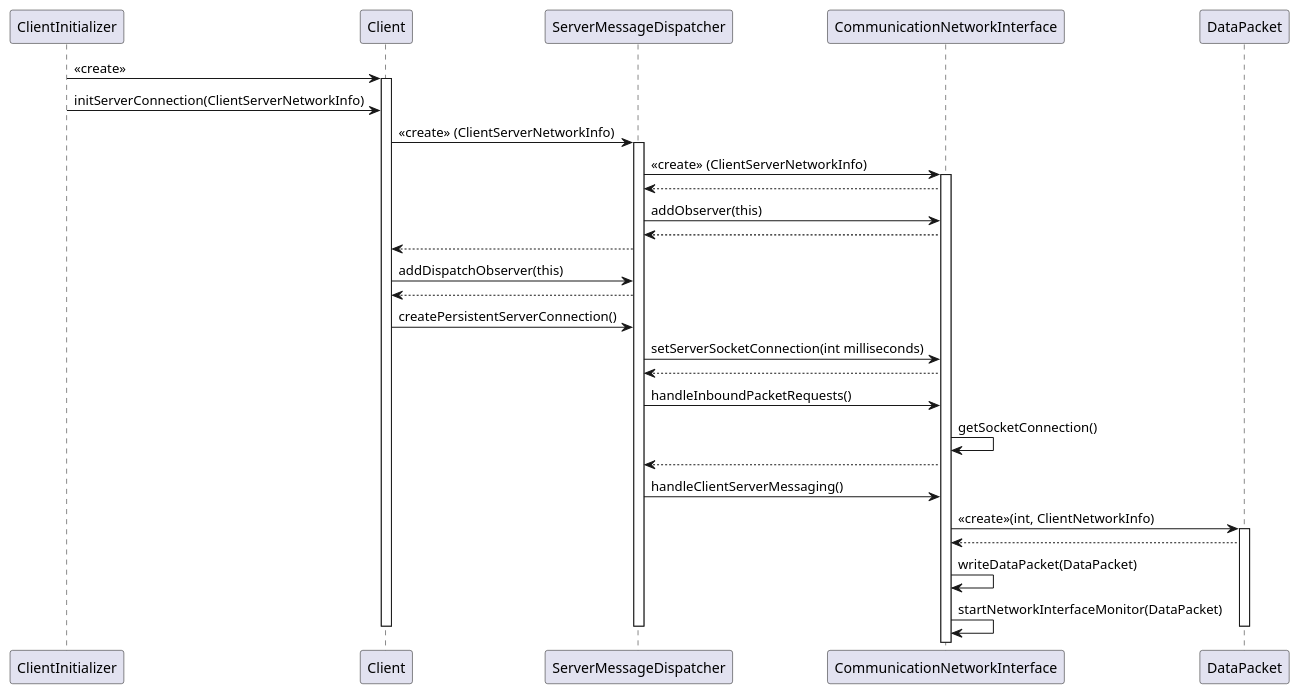
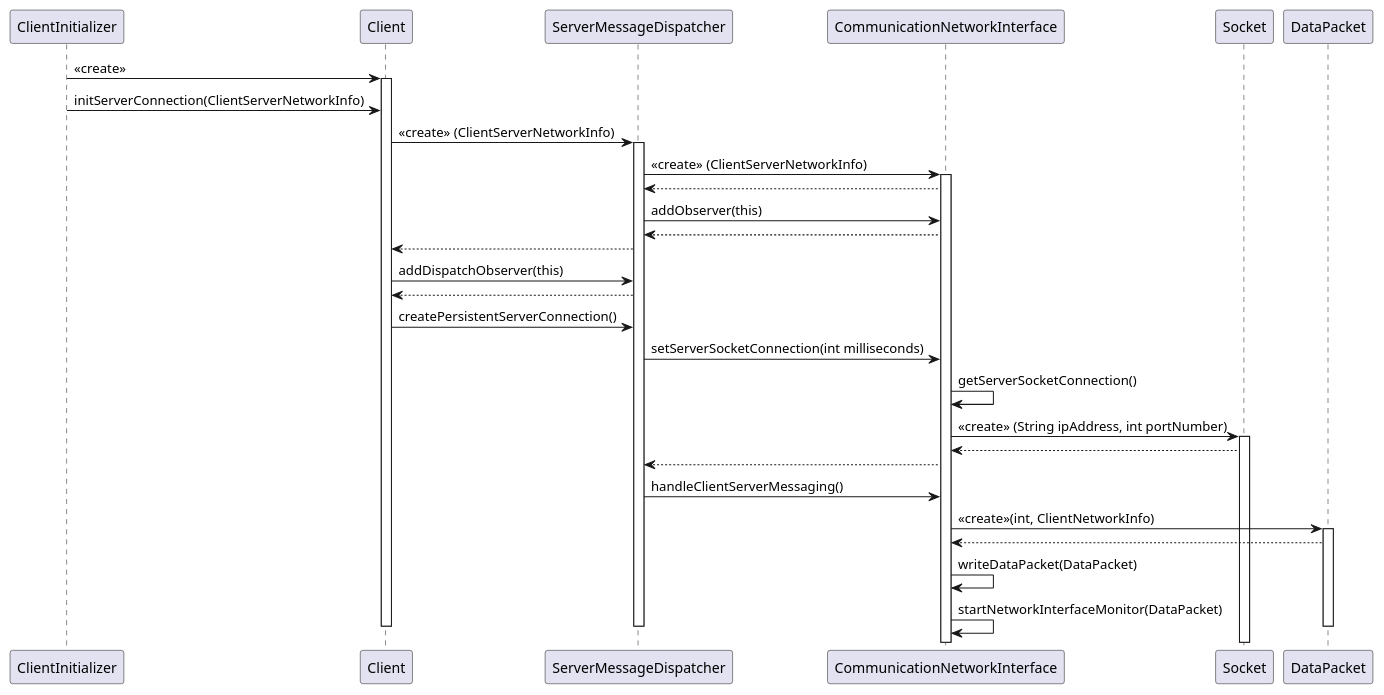
The diagram in doc/client.puml (aaruff/LabManager), drawn with PlantUML before and after one commit.

Commit message:
Update diagram

```diff
--- a/doc/client.puml
+++ b/doc/client.puml
@@ -1,42 +1,43 @@
 @startuml
 participant ClientInitializer
 ClientInitializer -> Client: <<create>>
 activate Client
 ClientInitializer -> Client: initServerConnection(ClientServerNetworkInfo)
 
 
 Client -> ServerMessageDispatcher: <<create>> (ClientServerNetworkInfo)
 activate ServerMessageDispatcher
 
 ServerMessageDispatcher -> CommunicationNetworkInterface: <<create>> (ClientServerNetworkInfo)
 activate CommunicationNetworkInterface
 CommunicationNetworkInterface --> ServerMessageDispatcher :
 
 ServerMessageDispatcher -> CommunicationNetworkInterface: addObserver(this)
 CommunicationNetworkInterface --> ServerMessageDispatcher :
 ServerMessageDispatcher --> Client:
 
 Client -> ServerMessageDispatcher: addDispatchObserver(this)
 ServerMessageDispatcher --> Client:
 
 Client -> ServerMessageDispatcher: createPersistentServerConnection()
 
 ServerMessageDispatcher -> CommunicationNetworkInterface: setServerSocketConnection(int milliseconds)
-CommunicationNetworkInterface --> ServerMessageDispatcher :
+CommunicationNetworkInterface -> CommunicationNetworkInterface: getServerSocketConnection()
+CommunicationNetworkInterface -> Socket: <<create>> (String ipAddress, int portNumber)
+activate Socket
+Socket --> CommunicationNetworkInterface:
 
-ServerMessageDispatcher -> CommunicationNetworkInterface: handleInboundPacketRequests()
-CommunicationNetworkInterface -> CommunicationNetworkInterface: getSocketConnection()
 CommunicationNetworkInterface --> ServerMessageDispatcher :
 
 ServerMessageDispatcher -> CommunicationNetworkInterface: handleClientServerMessaging()
 
 CommunicationNetworkInterface -> DataPacket: <<create>>(int, ClientNetworkInfo)
 activate DataPacket
 DataPacket --> CommunicationNetworkInterface:
 
 CommunicationNetworkInterface -> CommunicationNetworkInterface: writeDataPacket(DataPacket)
 CommunicationNetworkInterface -> CommunicationNetworkInterface: startNetworkInterfaceMonitor(DataPacket)
 deactivate DataPacket
 deactivate ServerMessageDispatcher
 deactivate Client
 @enduml
```
